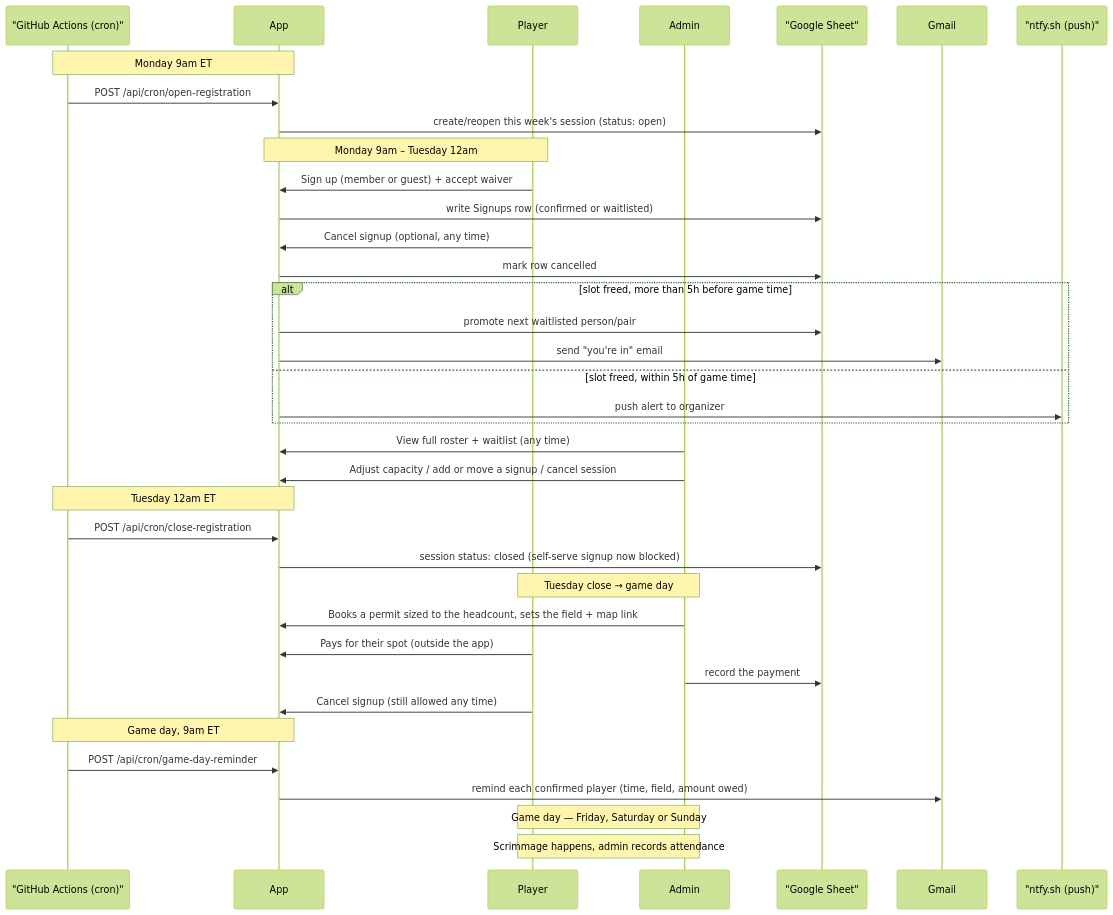
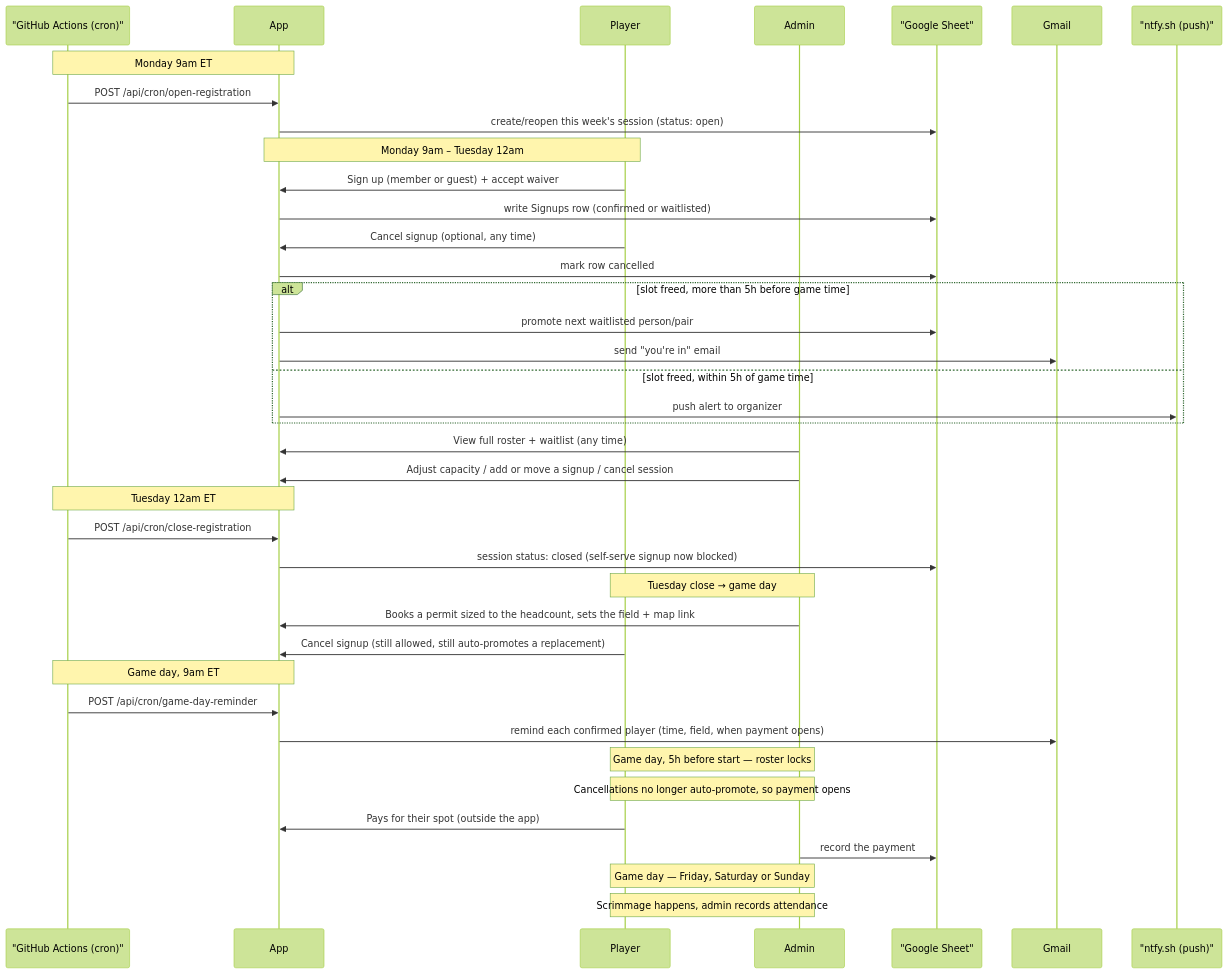
The diagram in README.md (jhwchung99/weekly-softball-scrimmage), drawn with Mermaid (forest theme) before and after one commit. The commit also changed other lines of this file, not shown here.

First line of the commit message:
docs: move payment to where it actually happens in the README

````diff
--- a/README.md
+++ b/README.md
@@ -37,46 +37,49 @@
 ```mermaid
 sequenceDiagram
     participant Cron as "GitHub Actions (cron)"
     participant App
     participant Player
     participant Admin
     participant Sheet as "Google Sheet"
     participant Gmail
     participant Ntfy as "ntfy.sh (push)"
 
     Note over Cron,App: Monday 9am ET
     Cron->>App: POST /api/cron/open-registration
     App->>Sheet: create/reopen this week's session (status: open)
 
     Note over Player,App: Monday 9am – Tuesday 12am
     Player->>App: Sign up (member or guest) + accept waiver
     App->>Sheet: write Signups row (confirmed or waitlisted)
     Player->>App: Cancel signup (optional, any time)
     App->>Sheet: mark row cancelled
     alt slot freed, more than 5h before game time
         App->>Sheet: promote next waitlisted person/pair
         App->>Gmail: send "you're in" email
     else slot freed, within 5h of game time
         App->>Ntfy: push alert to organizer
     end
 
     Admin->>App: View full roster + waitlist (any time)
     Admin->>App: Adjust capacity / add or move a signup / cancel session
 
     Note over Cron,App: Tuesday 12am ET
     Cron->>App: POST /api/cron/close-registration
     App->>Sheet: session status: closed (self-serve signup now blocked)
 
     Note over Player,Admin: Tuesday close → game day
     Admin->>App: Books a permit sized to the headcount, sets the field + map link
-    Player->>App: Pays for their spot (outside the app)
-    Admin->>Sheet: record the payment
-    Player->>App: Cancel signup (still allowed any time)
+    Player->>App: Cancel signup (still allowed, still auto-promotes a replacement)
 
     Note over Cron,App: Game day, 9am ET
     Cron->>App: POST /api/cron/game-day-reminder
-    App->>Gmail: remind each confirmed player (time, field, amount owed)
+    App->>Gmail: remind each confirmed player (time, field, when payment opens)
+
+    Note over Player,Admin: Game day, 5h before start — roster locks
+    Note over Player,Admin: Cancellations no longer auto-promote, so payment opens
+    Player->>App: Pays for their spot (outside the app)
+    Admin->>Sheet: record the payment
 
     Note over Player,Admin: Game day — Friday, Saturday or Sunday
     Note over Player,Admin: Scrimmage happens, admin records attendance
 ```
````
